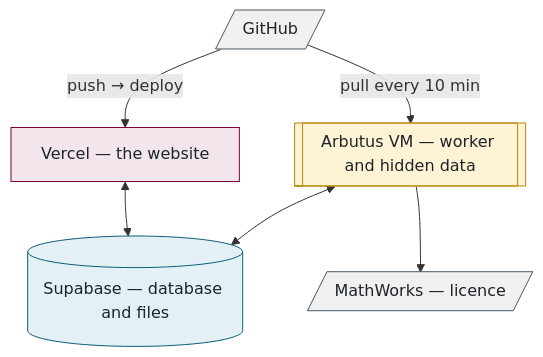
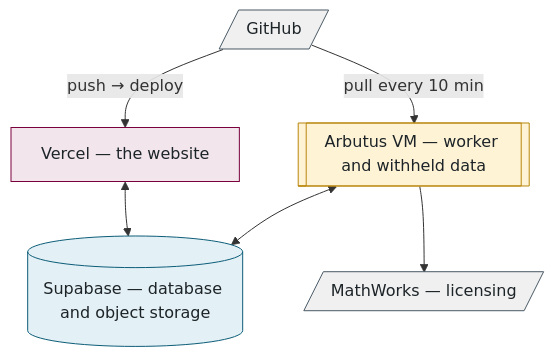
The first of 2 diagrams in docs/walkthrough/09-infrastructure.md (McMaster-Battery-Research-Group/battery-soc-benchmark), drawn with Mermaid before and after one commit. The commit also changed other lines of this file and 22 other files, not shown here.

````diff
--- a/docs/walkthrough/09-infrastructure.md
+++ b/docs/walkthrough/09-infrastructure.md
@@ -10,16 +10,16 @@
 ```mermaid
 flowchart TB
     G[/"GitHub"/] -- "push → deploy" --> V["Vercel — the website"]
-    G -- "pull every 10 min" --> M[["Arbutus VM — worker and hidden data"]]
-    V <--> S[("Supabase — database and files")]
+    G -- "pull every 10 min" --> M[["Arbutus VM — worker and withheld data"]]
+    V <--> S[("Supabase — database and object storage")]
     M <--> S
-    M --> L[/"MathWorks — licence"/]
+    M --> L[/"MathWorks — licensing"/]
     classDef ext fill:#F0F0F0,stroke:#495965,color:#1d2428
     classDef web fill:#F2E6EC,stroke:#7A003C,color:#1d2428
     classDef worker fill:#FFF3D6,stroke:#B8860B,color:#1d2428
     classDef data fill:#E3F0F5,stroke:#0D5D78,color:#1d2428
     class G,L ext
     class V web
     class M worker
     class S data
 ```
````
